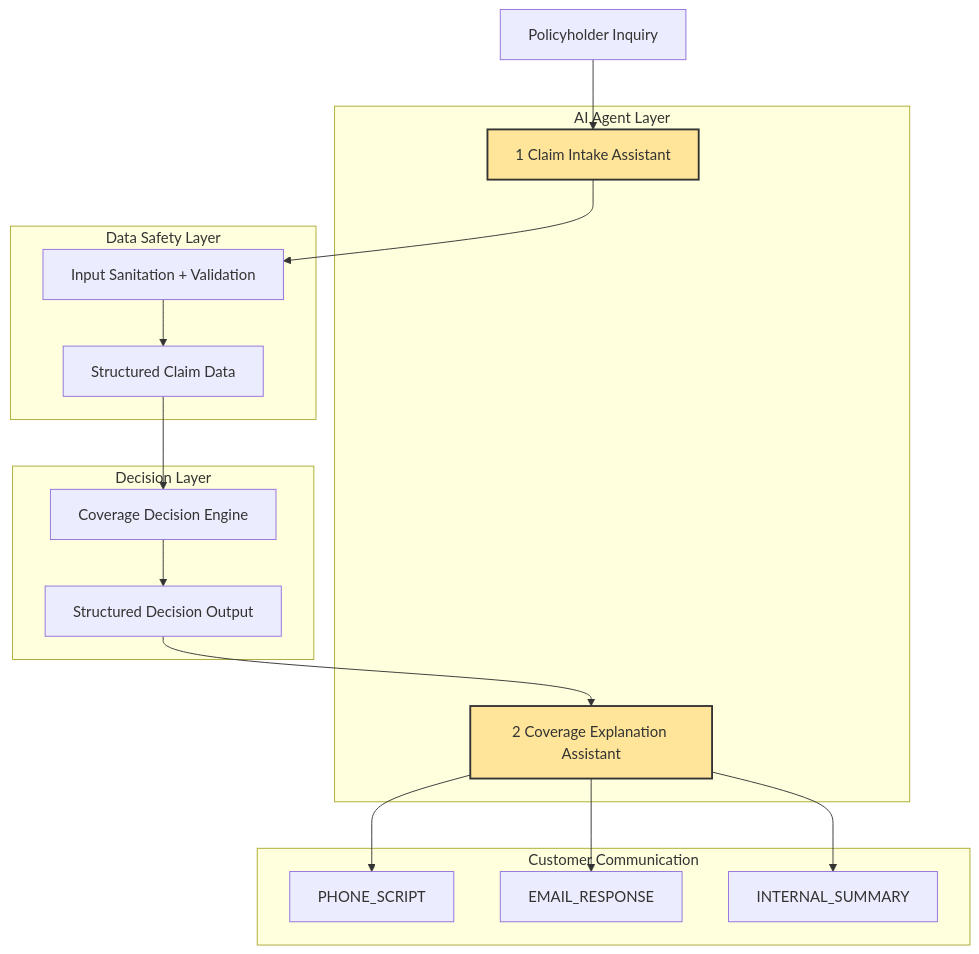
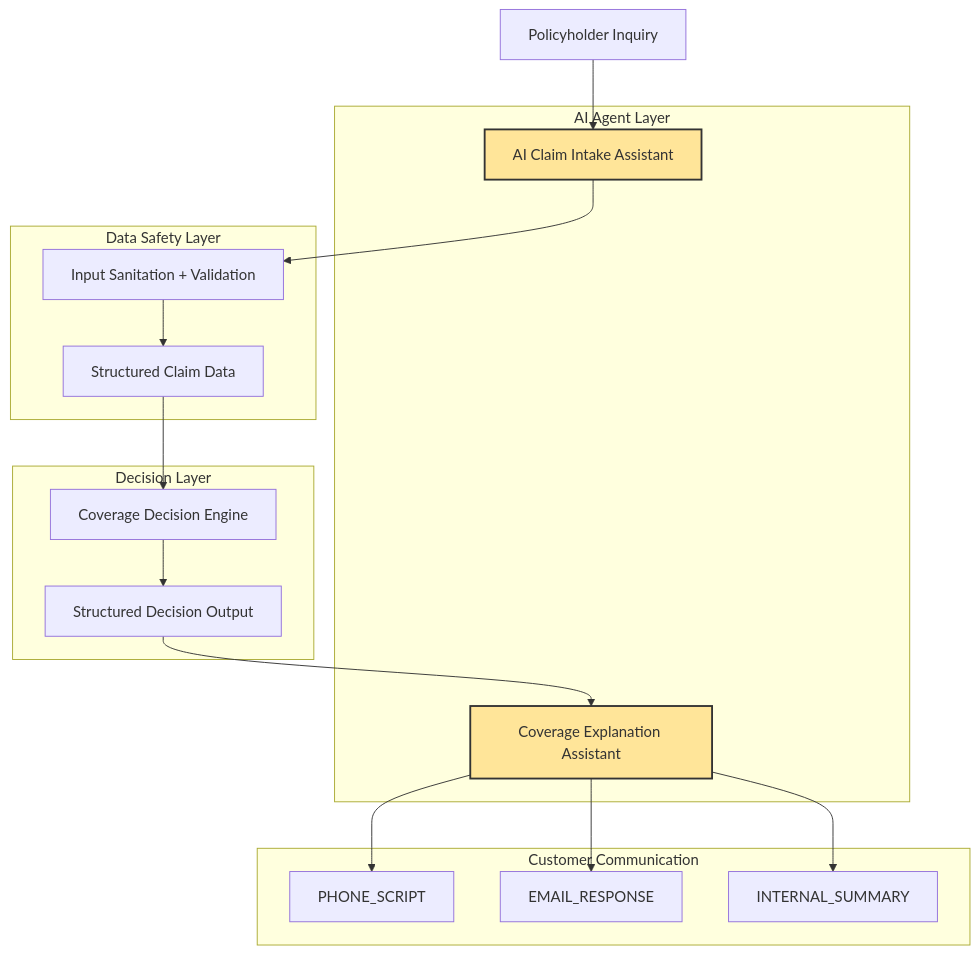
The first of 2 diagrams in README.md (badenaaron-oss/Coverage-Explanation-Assistant), drawn with Mermaid before and after one commit.

````diff
--- a/README.md
+++ b/README.md
@@ -14,39 +14,39 @@
 ```mermaid
 flowchart TD
 
 A[Policyholder Inquiry]
 
 subgraph AI Agent Layer
-B[1 Claim Intake Assistant]
-G[2 Coverage Explanation Assistant]
+B[AI Claim Intake Assistant]
+G[Coverage Explanation Assistant]
 end
 
 subgraph Data Safety Layer
 C[Input Sanitation + Validation]
 D[Structured Claim Data]
 end
 
 subgraph Decision Layer
 E[Coverage Decision Engine]
 F[Structured Decision Output]
 end
 
 subgraph Customer Communication
 H[PHONE_SCRIPT]
 I[EMAIL_RESPONSE]
 J[INTERNAL_SUMMARY]
 end
 
 A --> B
 B --> C
 C --> D
 D --> E
 E --> F
 F --> G
 G --> H
 G --> I
 G --> J
 
 class B,G agent
 classDef agent fill:#ffe599,stroke:#333,stroke-width:2px
 ```
````
